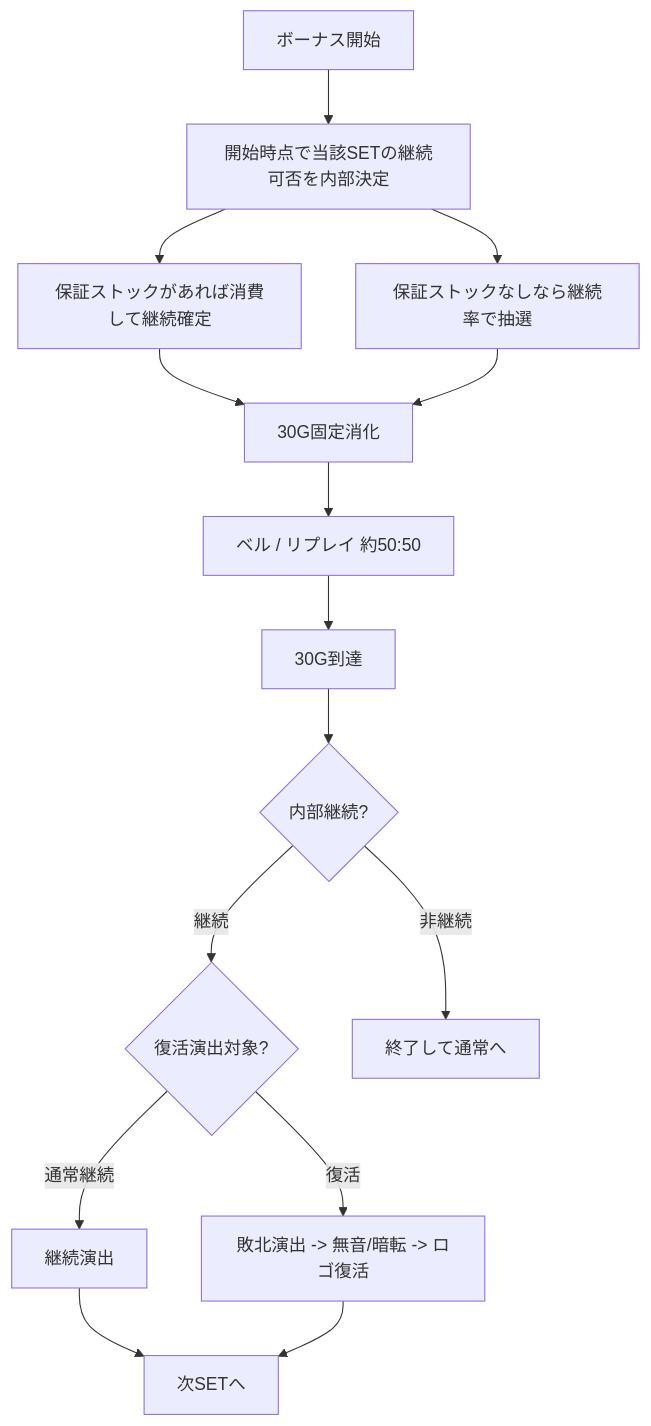
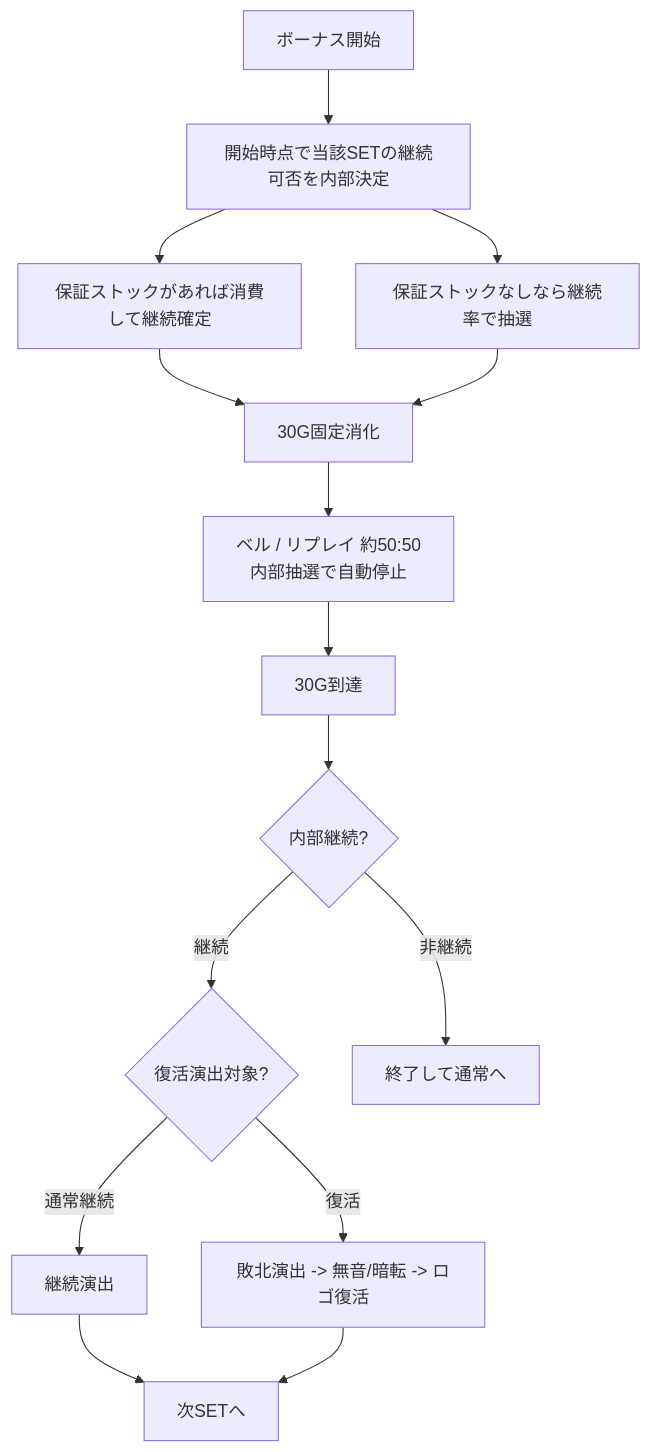
Before and after one commit to MikenekoM/MikenekoM--toshiyaizm-slot: the fourth of 6 diagrams in docs/v2-lottery-transition-diagram.md, drawn with Mermaid. The commit also changed other lines of this file and 12 other files, not shown here.

Commit message:
Adjust V2 meoshi and bonus entry flow

````diff
--- a/docs/v2-lottery-transition-diagram.md
+++ b/docs/v2-lottery-transition-diagram.md
@@ -132,17 +133,17 @@
 ```mermaid
 flowchart TD
   A["ボーナス開始"] --> B["開始時点で当該SETの継続可否を内部決定"]
   B --> C["保証ストックがあれば消費して継続確定"]
   B --> D["保証ストックなしなら継続率で抽選"]
   C --> E["30G固定消化"]
   D --> E
-  E --> F["ベル / リプレイ 約50:50"]
+  E --> F["ベル / リプレイ 約50:50<br/>内部抽選で自動停止"]
   F --> G["30G到達"]
   G --> H{"内部継続?"}
   H -->|継続| I{"復活演出対象?"}
   I -->|通常継続| J["継続演出"]
   I -->|復活| K["敗北演出 -> 無音/暗転 -> ロゴ復活"]
   J --> L["次SETへ"]
   K --> L
   H -->|非継続| M["終了して通常へ"]
 ```
````
